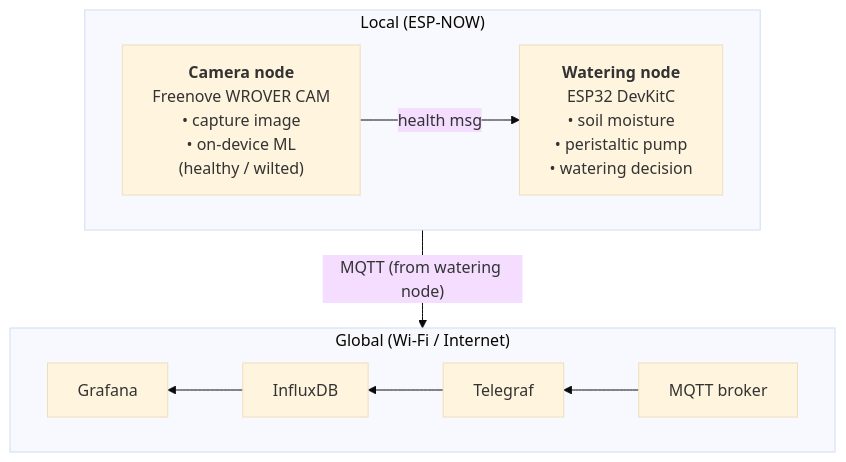
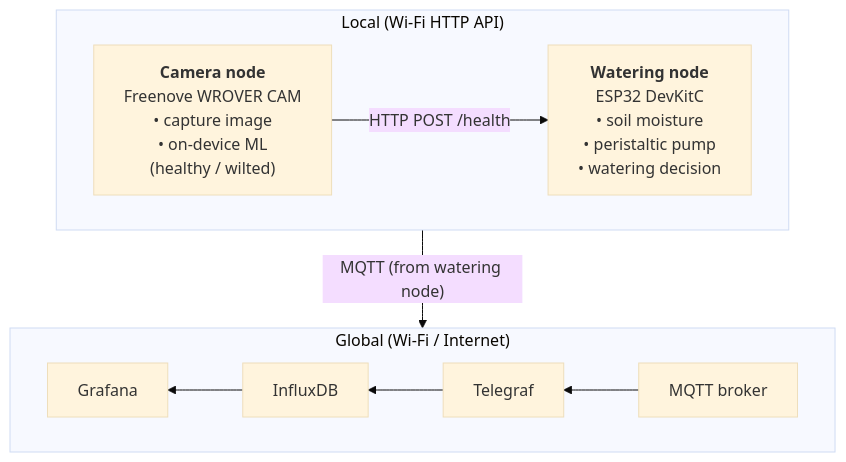
The diagram in README.md (caleb-venner/IoT_final_project), drawn with Mermaid (base theme) before and after one commit. The commit also changed other lines of this file and 31 other files, not shown here.

````diff
--- a/README.md
+++ b/README.md
@@ -16,15 +16,15 @@
 ```mermaid
 flowchart TB
-  subgraph local["Local (ESP-NOW)"]
+  subgraph local["Local (Wi-Fi HTTP API)"]
     direction LR
     cam["<b>Camera node</b><br/>Freenove WROVER CAM<br/>• capture image<br/>• on-device ML<br/>(healthy / wilted)"]
     water["<b>Watering node</b><br/>ESP32 DevKitC<br/>• soil moisture<br/>• peristaltic pump<br/>• watering decision"]
-    cam -- "health msg" --> water
+    cam -- "HTTP POST /health" --> water
   end
   subgraph global["Global (Wi-Fi / Internet)"]
     direction RL
     broker["MQTT broker"] --> telegraf["Telegraf"] --> influx["InfluxDB"] --> grafana["Grafana"]
   end
   %% Subgraph-to-subgraph link: a node-to-node link across subgraphs makes Mermaid ignore their directions
   local -- "MQTT (from watering node)" --> global
 ```
````
